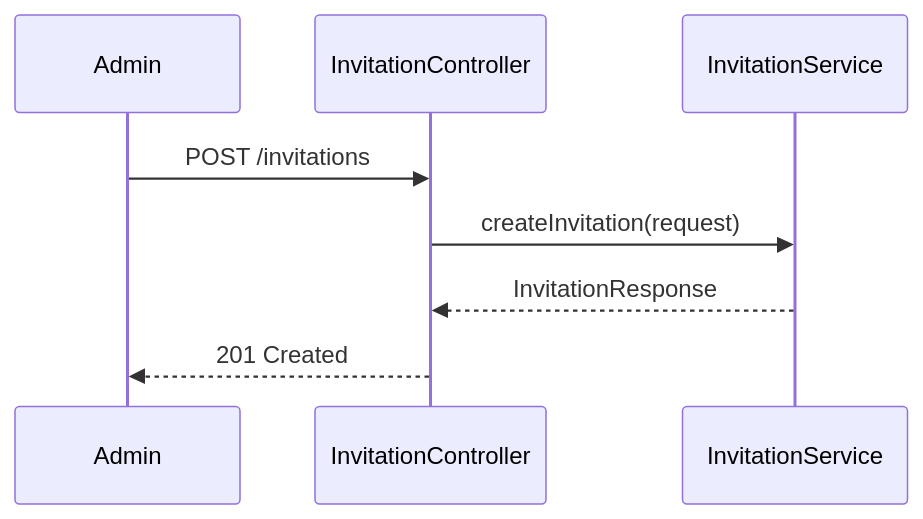
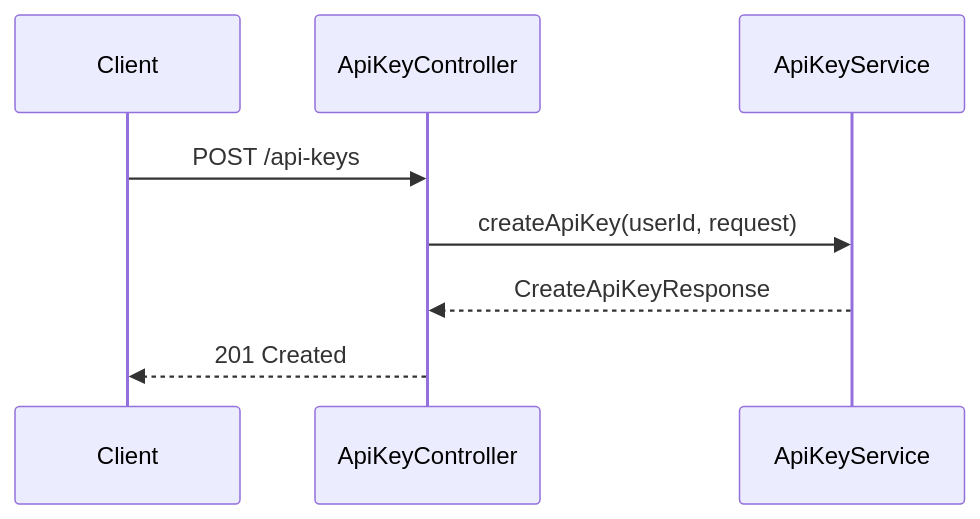
Before and after one commit to flamingo-stack/openframe-oss-lib: the third of 5 diagrams in docs/reference/architecture/api-service-core-rest-controllers/api-service-core-rest-controllers.md, drawn with Mermaid. The commit also changed other lines of this file and 1809 other files, not shown here.

````diff
--- a/docs/reference/architecture/api-service-core-rest-controllers/api-service-core-rest-controllers.md
+++ b/docs/reference/architecture/api-service-core-rest-controllers/api-service-core-rest-controllers.md
@@ -227,11 +140,11 @@
 ```mermaid
 sequenceDiagram
-    participant Admin
-    participant Controller as InvitationController
-    participant Service as InvitationService
+    participant Client
+    participant ApiKeyController
+    participant ApiKeyService
 
-    Admin->>Controller: POST /invitations
-    Controller->>Service: createInvitation(request)
-    Service-->>Controller: InvitationResponse
-    Controller-->>Admin: 201 Created
+    Client->>ApiKeyController: POST /api-keys
+    ApiKeyController->>ApiKeyService: createApiKey(userId, request)
+    ApiKeyService-->>ApiKeyController: CreateApiKeyResponse
+    ApiKeyController-->>Client: 201 Created
 ```
````
